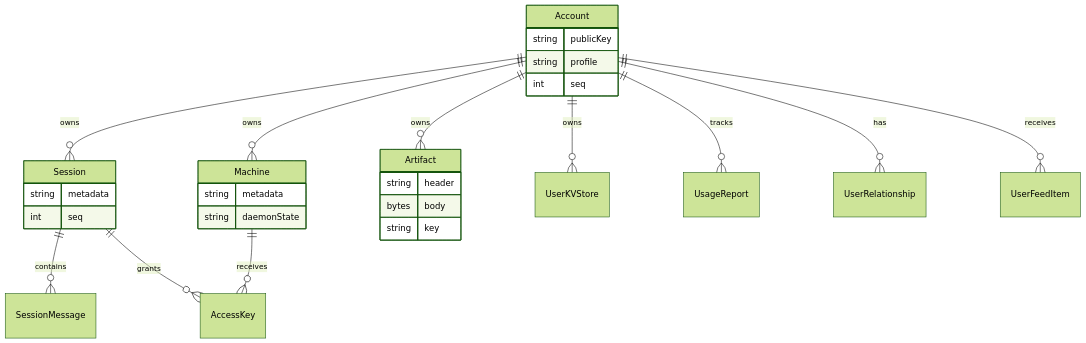
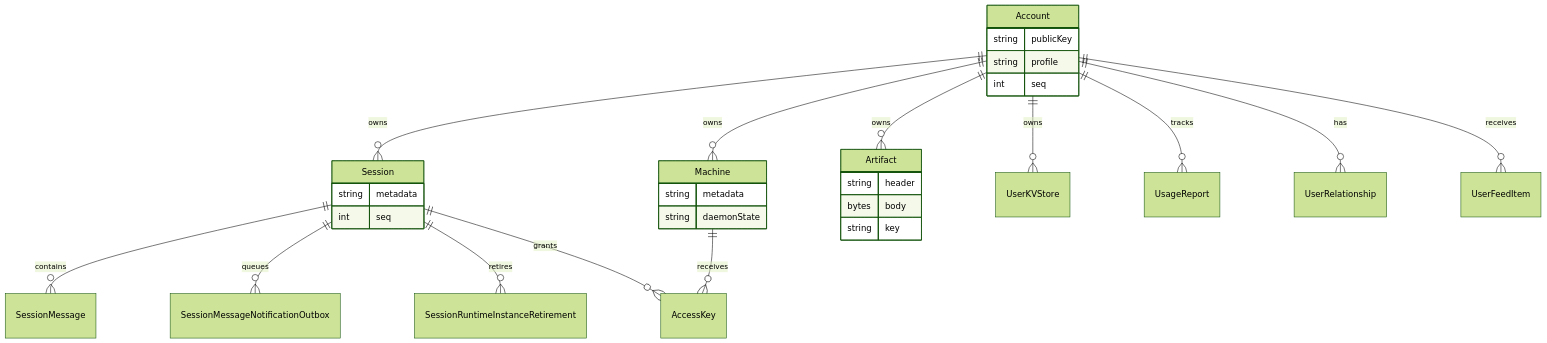
Before and after one commit to meow-ch/happy-server: the seventh of 9 diagrams in docs/backend-architecture.md, drawn with Mermaid (forest theme). The commit also changed other lines of this file and 10 other files, not shown here.

````diff
--- a/docs/backend-architecture.md
+++ b/docs/backend-architecture.md
@@ -261,37 +271,39 @@
 ```mermaid
 erDiagram
     Account ||--o{ Session : owns
     Account ||--o{ Machine : owns
     Account ||--o{ Artifact : owns
     Account ||--o{ UserKVStore : owns
     Account ||--o{ UsageReport : tracks
     Account ||--o{ UserRelationship : has
     Account ||--o{ UserFeedItem : receives
 
     Session ||--o{ SessionMessage : contains
+    Session ||--o{ SessionMessageNotificationOutbox : queues
+    Session ||--o{ SessionRuntimeInstanceRetirement : retires
     Session ||--o{ AccessKey : grants
 
     Machine ||--o{ AccessKey : receives
 
     Account {
         string publicKey
         string profile
         int seq
     }
 
     Session {
         string metadata
         int seq
     }
 
     Machine {
         string metadata
         string daemonState
     }
 
     Artifact {
         string header
         bytes body
         string key
     }
 ```
````
